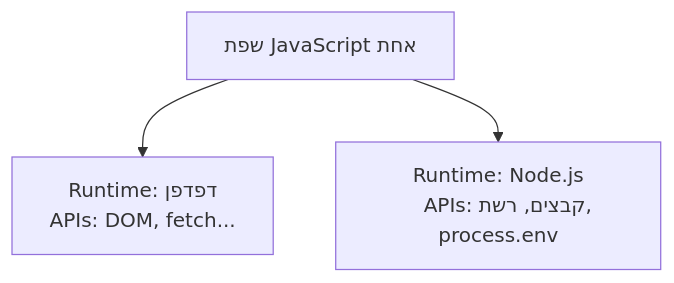
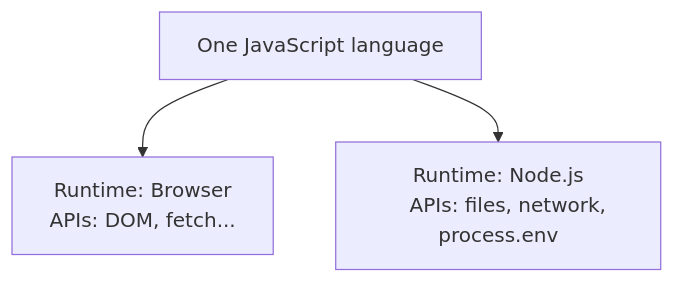
The diagram in content/docs/server/25-node-basics-content.md (neriyaMalachi/FullStack_kodkode_5), drawn with Mermaid before and after one commit. The commit also changed other lines of this file and 117 other files, not shown here.

````diff
--- a/content/docs/server/25-node-basics-content.md
+++ b/content/docs/server/25-node-basics-content.md
@@ -53,8 +53,8 @@
 ```mermaid
 flowchart TB
-    JS["שפת JavaScript אחת"]
-    JS --> Browser["Runtime: דפדפן
+    JS["One JavaScript language"]
+    JS --> Browser["Runtime: Browser
     APIs: DOM, fetch..."]
     JS --> Node["Runtime: Node.js
-    APIs: קבצים, רשת, process.env"]
+    APIs: files, network, process.env"]
 ```
````
